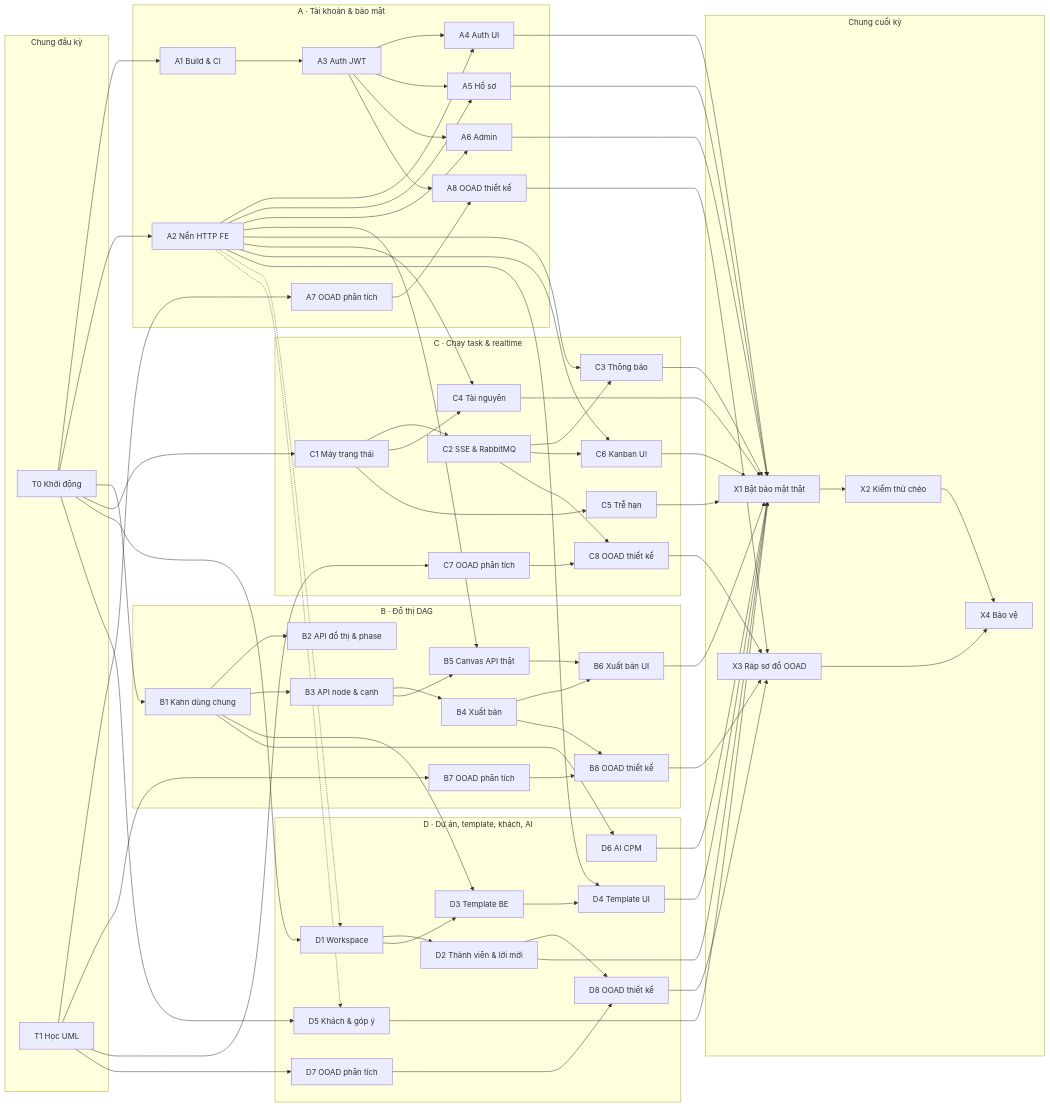
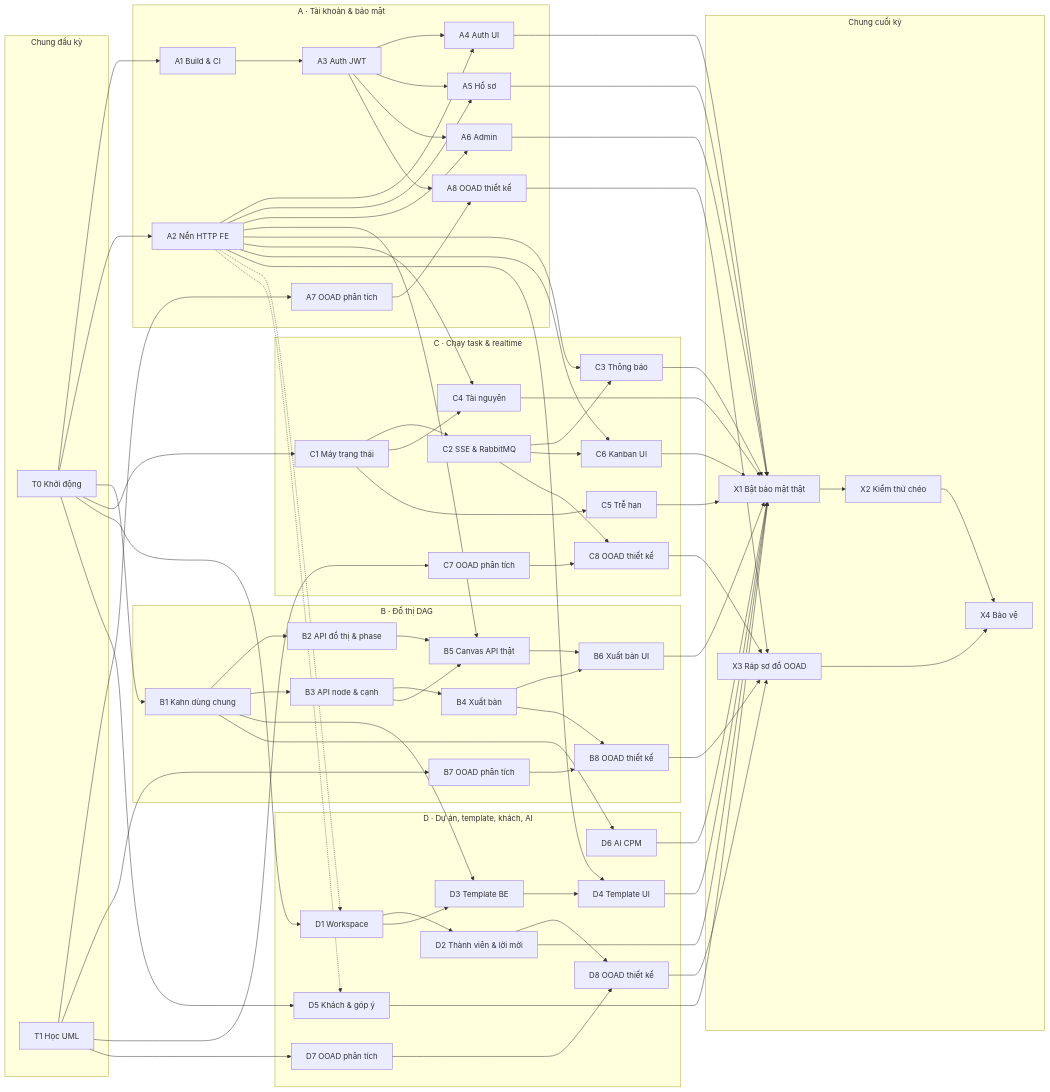
The diagram in docs/tasks/README.md (ThanhThien-coder/Workflow-Pipeline-Engine), drawn with Mermaid before and after one commit. The commit also changed other lines of this file and 3 other files, not shown here.

````diff
--- a/docs/tasks/README.md
+++ b/docs/tasks/README.md
@@ -98,78 +98,78 @@
 ```mermaid
 flowchart LR
   subgraph CHUNG["Chung đầu kỳ"]
     T0["T0 Khởi động"]
     T1["T1 Học UML"]
   end
   subgraph SA["A · Tài khoản & bảo mật"]
     A1["A1 Build & CI"]
     A2["A2 Nền HTTP FE"]
     A3["A3 Auth JWT"]
     A4["A4 Auth UI"]
     A5["A5 Hồ sơ"]
     A6["A6 Admin"]
     A7["A7 OOAD phân tích"]
     A8["A8 OOAD thiết kế"]
   end
   subgraph SB["B · Đồ thị DAG"]
     B1["B1 Kahn dùng chung"]
     B2["B2 API đồ thị & phase"]
     B3["B3 API node & cạnh"]
     B4["B4 Xuất bản"]
     B5["B5 Canvas API thật"]
     B6["B6 Xuất bản UI"]
     B7["B7 OOAD phân tích"]
     B8["B8 OOAD thiết kế"]
   end
   subgraph SC["C · Chạy task & realtime"]
     C1["C1 Máy trạng thái"]
     C2["C2 SSE & RabbitMQ"]
     C3["C3 Thông báo"]
     C4["C4 Tài nguyên"]
     C5["C5 Trễ hạn"]
     C6["C6 Kanban UI"]
     C7["C7 OOAD phân tích"]
     C8["C8 OOAD thiết kế"]
   end
   subgraph SD["D · Dự án, template, khách, AI"]
     D1["D1 Workspace"]
     D2["D2 Thành viên & lời mời"]
     D3["D3 Template BE"]
     D4["D4 Template UI"]
     D5["D5 Khách & góp ý"]
     D6["D6 AI CPM"]
     D7["D7 OOAD phân tích"]
     D8["D8 OOAD thiết kế"]
   end
   subgraph CUOI["Chung cuối kỳ"]
     X1["X1 Bật bảo mật thật"]
     X2["X2 Kiểm thử chéo"]
     X3["X3 Ráp sơ đồ OOAD"]
     X4["X4 Bảo vệ"]
   end
 
   T0 --> A1 & A2 & B1 & C1 & D1 & D5
   T1 --> A7 & B7 & C7 & D7
   A1 --> A3
   A2 --> A4 & A5 & A6 & B5 & C3 & C4 & C6 & D4
   A2 -.-> D1 & D5
   A3 --> A4 & A5 & A6 & A8
   A7 --> A8
   B1 --> B2 & B3 & D3 & D6
-
+  B2 --> B5
   B3 --> B4 & B5
   B4 --> B6 & B8
   B5 --> B6
   B7 --> B8
   C1 --> C2 & C4 & C5
   C2 --> C3 & C6 & C8
   C7 --> C8
   D1 --> D2 & D3
   D2 --> D8
   D3 --> D4
   D7 --> D8
   A4 & A5 & A6 & B6 & C3 & C4 & C5 & C6 & D2 & D4 & D5 & D6 --> X1
   X1 --> X2
   A8 & B8 & C8 & D8 --> X3
   X2 & X3 --> X4
 ```
````
